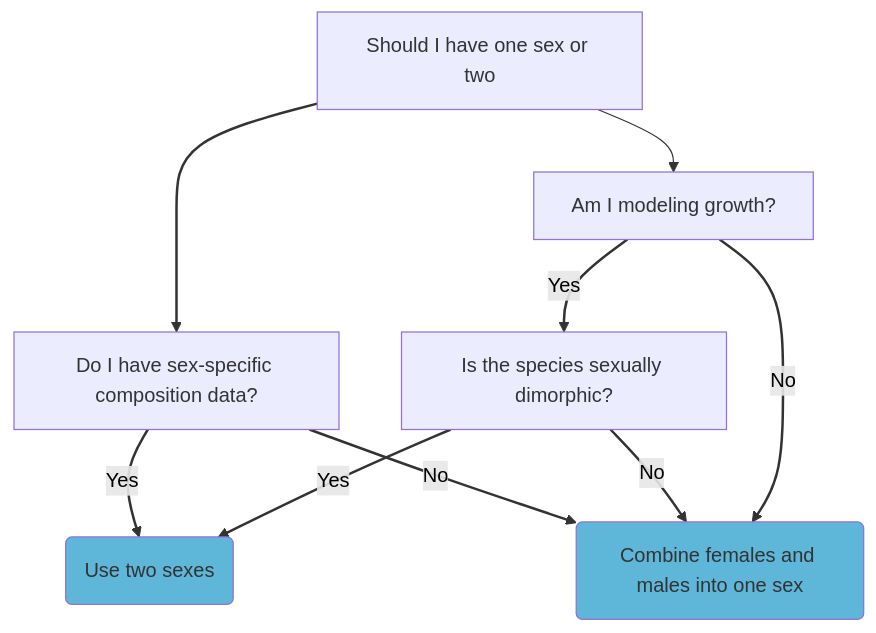
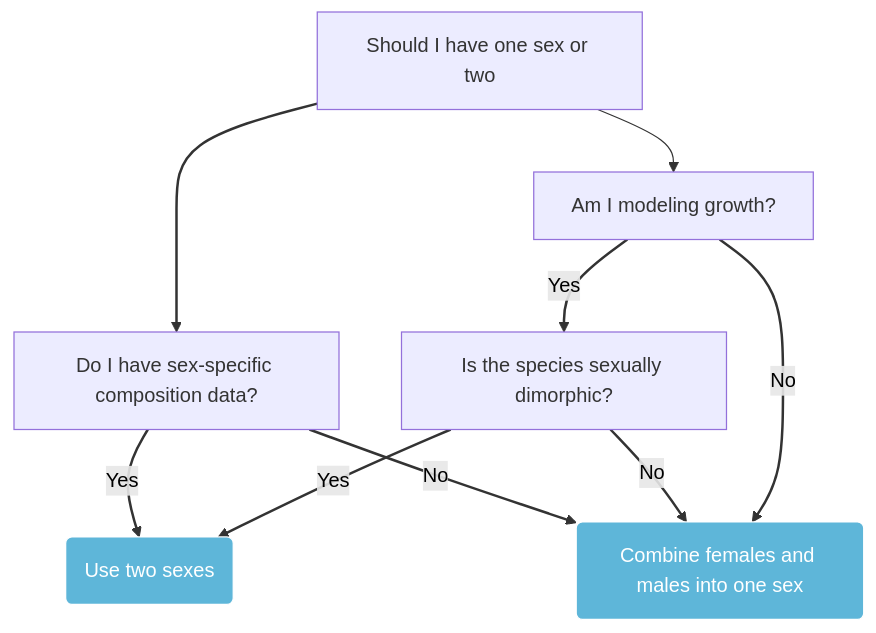
One commit to nmfs-ost/ss3-website changed the fifth of 6 diagrams in website/qmds/ss3_setup_decisions.qmd. Above: the diagram before and after it, drawn with Mermaid. The commit also changed other lines of this file and 1 other file, not shown here.

````diff
--- a/website/qmds/ss3_setup_decisions.qmd
+++ b/website/qmds/ss3_setup_decisions.qmd
@@ -76,15 +76,15 @@
 ```{mermaid}
 %%| fig-alt: Decision process for determining if you should use one sex or two you should use in your SS3 model. Simply put, the diagram shows that if you have sex-specific composition data (age or length) or you are modeling growth and the species is sexually dimorphic, then you should use two sexes, otherwise you should use one sex.
 flowchart TB
     A["Should I have one sex or two"] --> B["Am I modeling growth?"]
     B -- Yes --> C["Is the species sexually dimorphic?"]
     C -- Yes --> D("Use two sexes")
     A --> E["Do I have sex-specific composition data?"]
     E -- Yes --> D
     B -- No --> F("Combine females and males into one sex")
     C -- No --> F
     E -- No --> F
     linkStyle 1,2,3,4,5,6,7 stroke-width:2px,color:black
-    style D fill:#5EB6D9
-    style F fill:#5EB6D9
+    style D fill:#5EB6D9,stroke:#fff,color:#fff
+    style F fill:#5EB6D9,stroke:#fff,color:#fff
 ```
````
